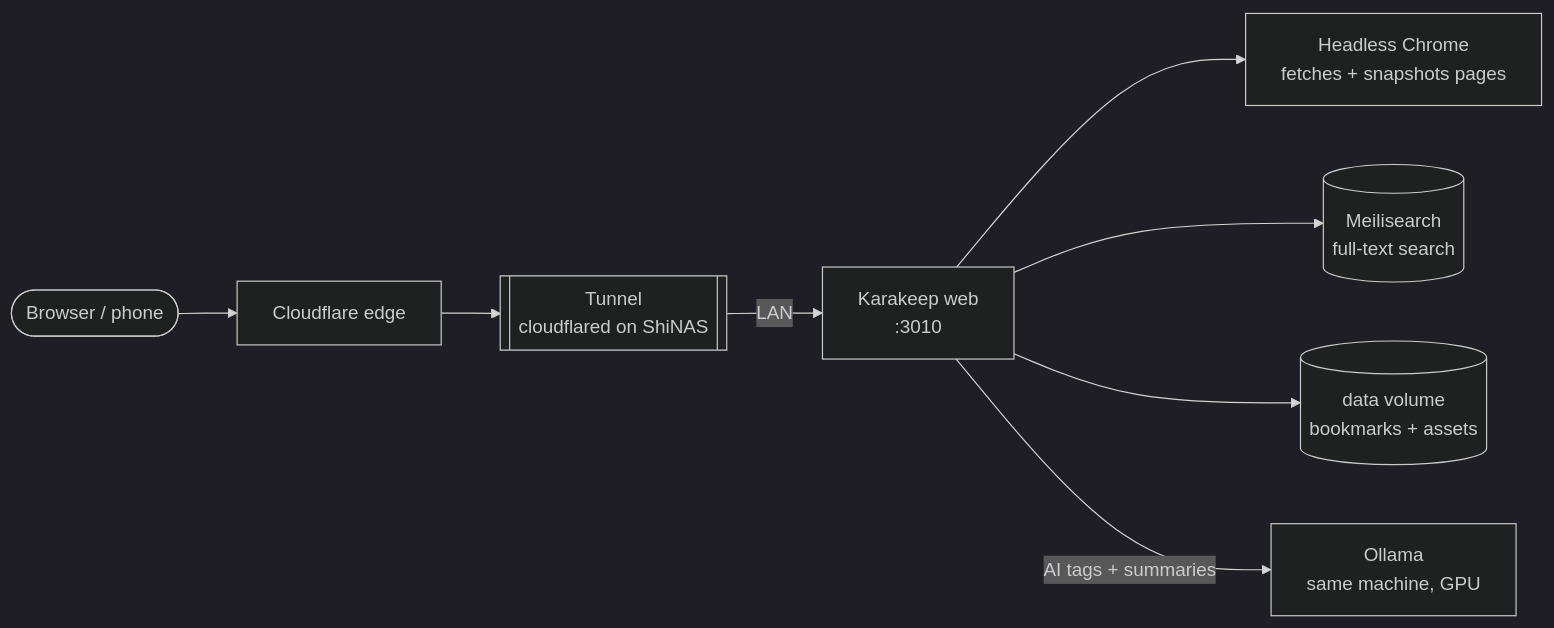
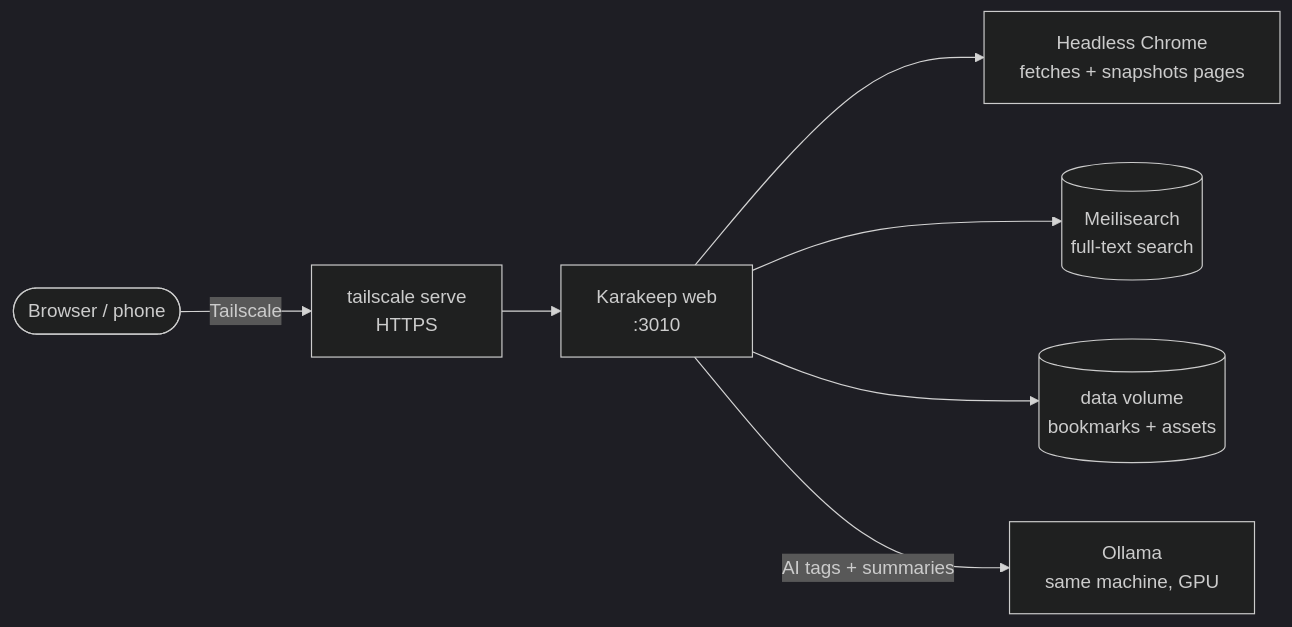
One commit to Shineori/homelab changed the diagram in docs/services/karakeep.md. Above: the diagram before and after it, drawn with Mermaid (dark theme). The commit also changed other lines of this file and 10 other files, not shown here.

Commit message:
Docs: move private apps to Tailscale and record the tunnel audit

````diff
--- a/docs/services/karakeep.md
+++ b/docs/services/karakeep.md
@@ -23,10 +23,9 @@
 ```mermaid
 flowchart LR
-    me([Browser / phone]) --> cf[Cloudflare edge]
-    cf --> tun[[Tunnel<br/>cloudflared on ShiNAS]]
-    tun -- LAN --> web[Karakeep web<br/>:3010]
+    me([Browser / phone]) -- Tailscale --> ts[tailscale serve<br/>HTTPS]
+    ts --> web[Karakeep web<br/>:3010]
     web --> chrome[Headless Chrome<br/>fetches + snapshots pages]
     web --> meili[(Meilisearch<br/>full-text search)]
     web --> data[(data volume<br/>bookmarks + assets)]
     web -- AI tags + summaries --> ollama[Ollama<br/>same machine, GPU]
 ```
````
